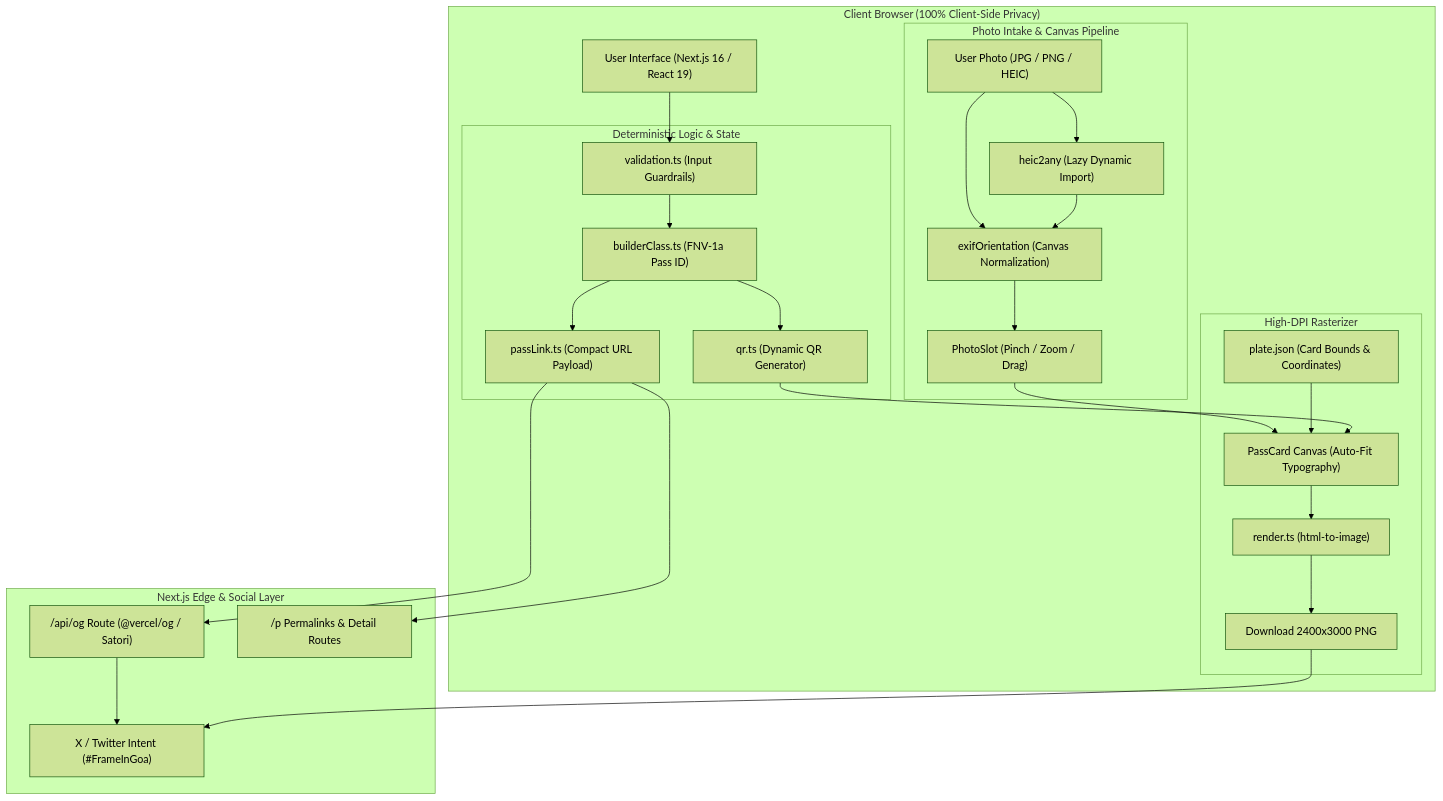
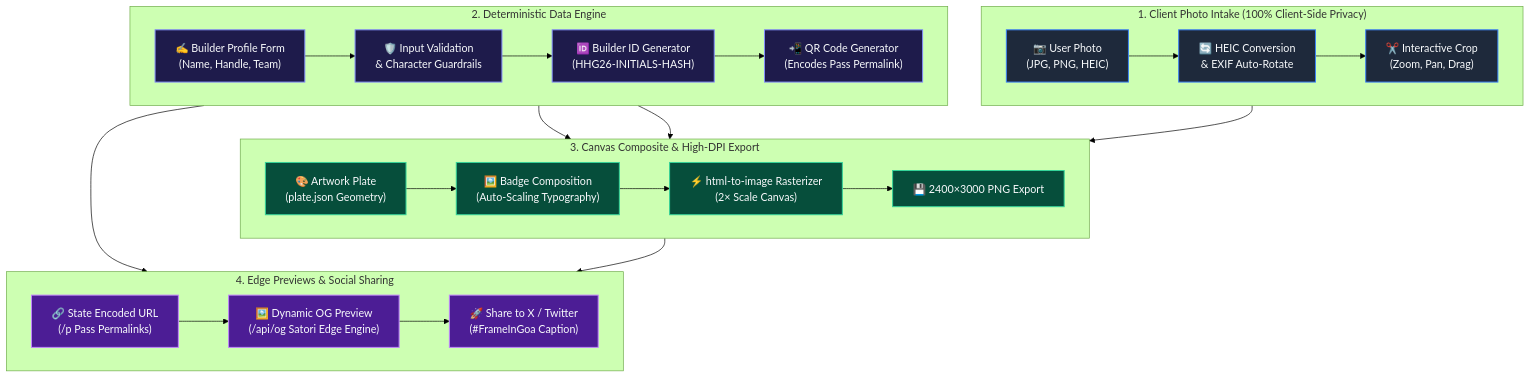
The diagram in README.md (Karannnnn614/hhgoa-pass), drawn with Mermaid (forest theme) before and after one commit.

Commit message:
docs: simplify and stylize architecture diagram in README using flowchart syntax

````diff
--- a/README.md
+++ b/README.md
@@ -31,54 +31,43 @@
 ```mermaid
-graph TD
-    subgraph Client ["Client Browser (100% Client-Side Privacy)"]
-        UI["User Interface (Next.js 16 / React 19)"]
-        
-        subgraph PhotoProc ["Photo Intake & Canvas Pipeline"]
-            Upload["User Photo (JPG / PNG / HEIC)"]
-            HEIC["heic2any (Lazy Dynamic Import)"]
-            EXIF["exifOrientation (Canvas Normalization)"]
-            Slot["PhotoSlot (Pinch / Zoom / Drag)"]
-        end
-        
-        subgraph Logic ["Deterministic Logic & State"]
-            Val["validation.ts (Input Guardrails)"]
-            Hash["builderClass.ts (FNV-1a Pass ID)"]
-            QR["qr.ts (Dynamic QR Generator)"]
-            State["passLink.ts (Compact URL Payload)"]
-        end
+flowchart TD
+    %% Styling Classes
+    classDef client fill:#1e293b,stroke:#3b82f6,stroke-width:1.5px,color:#f8fafc
+    classDef engine fill:#1e1b4b,stroke:#818cf8,stroke-width:1.5px,color:#f8fafc
+    classDef render fill:#064e3b,stroke:#34d399,stroke-width:1.5px,color:#f8fafc
+    classDef edge fill:#4c1d95,stroke:#c084fc,stroke-width:1.5px,color:#f8fafc
 
-        subgraph RenderEngine ["High-DPI Rasterizer"]
-            Canvas["PassCard Canvas (Auto-Fit Typography)"]
-            PlateJSON["plate.json (Card Bounds & Coordinates)"]
-            Export["render.ts (html-to-image)"]
-            PNG["Download 2400x3000 PNG"]
-        end
+    %% STAGE 1: Client Photo Processing
+    subgraph S1 ["1. Client Photo Intake (100% Client-Side Privacy)"]
+        direction LR
+        Photo["📷 User Photo<br/>(JPG, PNG, HEIC)"]:::client --> HEIC["🔄 HEIC Conversion<br/>& EXIF Auto-Rotate"]:::client
+        HEIC --> Crop["✂️ Interactive Crop<br/>(Zoom, Pan, Drag)"]:::client
     end
 
-    subgraph Edge ["Next.js Edge & Social Layer"]
-        OGRoute["/api/og Route (@vercel/og / Satori)"]
-        Permalink["/p Permalinks & Detail Routes"]
-        XShare["X / Twitter Intent (#FrameInGoa)"]
+    %% STAGE 2: Deterministic Data Engine
+    subgraph S2 ["2. Deterministic Data Engine"]
+        direction LR
+        Form["✍️ Builder Profile Form<br/>(Name, Handle, Team)"]:::engine --> Val["🛡️ Input Validation<br/>& Character Guardrails"]:::engine
+        Val --> Hash["🆔 Builder ID Generator<br/>(HHG26-INITIALS-HASH)"]:::engine
+        Hash --> QR["📲 QR Code Generator<br/>(Encodes Pass Permalink)"]:::engine
     end
 
-    Upload --> HEIC
-    Upload --> EXIF
-    HEIC --> EXIF
-    EXIF --> Slot
-    Slot --> Canvas
-    
-    UI --> Val
-    Val --> Hash
-    Hash --> QR
-    Hash --> State
-    
-    State --> Permalink
-    PlateJSON --> Canvas
-    QR --> Canvas
-    Canvas --> Export
-    Export --> PNG
-    
-    State --> OGRoute
-    OGRoute --> XShare
-    PNG --> XShare
+    %% STAGE 3: Canvas Layout & HD Export
+    subgraph S3 ["3. Canvas Composite & High-DPI Export"]
+        direction LR
+        Plate["🎨 Artwork Plate<br/>(plate.json Geometry)"]:::render --> Composite["🖼️ Badge Composition<br/>(Auto-Scaling Typography)"]:::render
+        Crop --> Composite
+        Val --> Composite
+        QR --> Composite
+        Composite --> Raster["⚡ html-to-image Rasterizer<br/>(2× Scale Canvas)"]:::render
+        Raster --> Download["💾 2400×3000 PNG Export"]:::render
+    end
+
+    %% STAGE 4: Edge Previews & Social Sharing
+    subgraph S4 ["4. Edge Previews & Social Sharing"]
+        direction LR
+        Hash --> URL["🔗 State Encoded URL<br/>(/p Pass Permalinks)"]:::edge
+        URL --> OG["🖼️ Dynamic OG Preview<br/>(/api/og Satori Edge Engine)"]:::edge
+        Download --> Share["🚀 Share to X / Twitter<br/>(#FrameInGoa Caption)"]:::edge
+        OG --> Share
+    end
 ```
````
